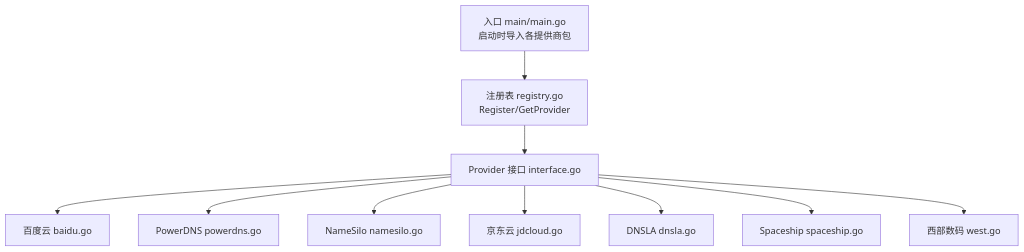
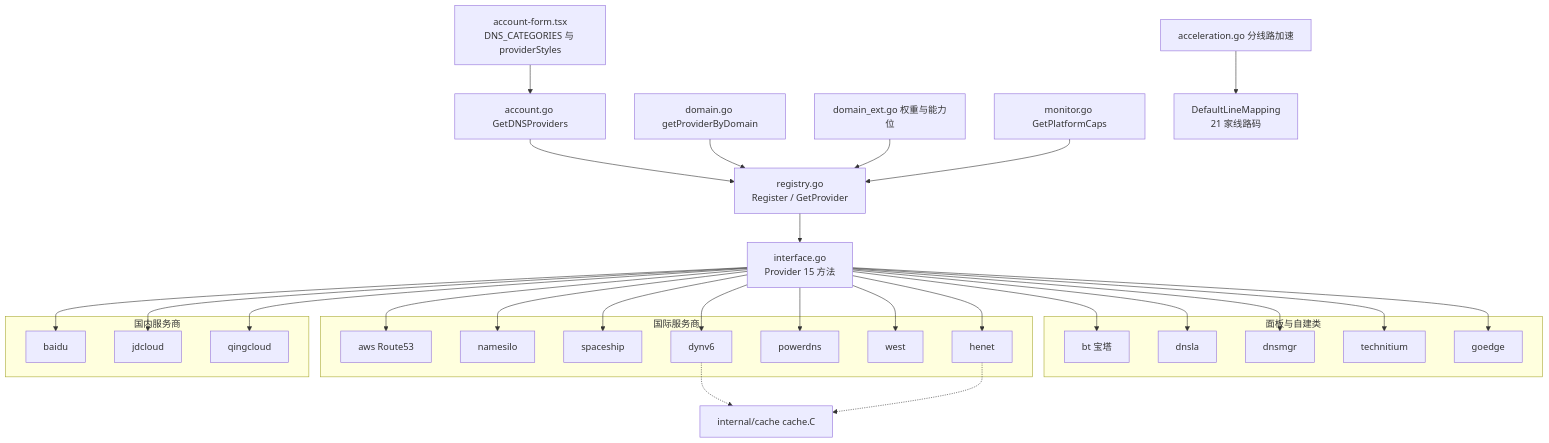
One commit to x01n/dnsplane changed the first of 5 diagrams in docs/DNS管理功能/支持的DNS服务商/其他DNS服务商.md. Above: the diagram before and after it, drawn with Mermaid. The commit also changed other lines of this file and 326 other files, not shown here.

````diff
--- a/docs/DNS管理功能/支持的DNS服务商/其他DNS服务商.md
+++ b/docs/DNS管理功能/支持的DNS服务商/其他DNS服务商.md
@@ -44,12 +180,63 @@
 ```mermaid
 graph TB
-A["入口 main/main.go<br/>启动时导入各提供商包"] --> B["注册表 registry.go<br/>Register/GetProvider"]
-B --> C["Provider 接口 interface.go"]
-C --> D["百度云 baidu.go"]
-C --> E["PowerDNS powerdns.go"]
-C --> F["NameSilo namesilo.go"]
-C --> G["京东云 jdcloud.go"]
-C --> H["DNSLA dnsla.go"]
-C --> I["Spaceship spaceship.go"]
-C --> J["西部数码 west.go"]
+    FORM["account-form.tsx<br/>DNS_CATEGORIES 与 providerStyles"]
+    ACC["account.go GetDNSProviders"]
+    DOM["domain.go getProviderByDomain"]
+    EXT["domain_ext.go 权重与能力位"]
+    ACE["acceleration.go 分线路加速"]
+    MON["monitor.go GetPlatformCaps"]
+    REG["registry.go<br/>Register / GetProvider"]
+    IF["interface.go<br/>Provider 15 方法"]
+    LM["DefaultLineMapping<br/>21 家线路码"]
+    CACHE["internal/cache cache.C"]
+
+    FORM --> ACC
+    ACC --> REG
+    DOM --> REG
+    EXT --> REG
+    MON --> REG
+    ACE --> LM
+    REG --> IF
+
+    subgraph PANEL["面板与自建类"]
+        BT["bt 宝塔"]
+        DNSLA["dnsla"]
+        DSMGR["dnsmgr"]
+        TECH["technitium"]
+        GOEDGE["goedge"]
+    end
+
+    subgraph INTL["国际服务商"]
+        AWS["aws Route53"]
+        NSILO["namesilo"]
+        SPACE["spaceship"]
+        DYNV6["dynv6"]
+        PWDNS["powerdns"]
+        WESTCN["west"]
+        HENET["henet"]
+    end
+
+    subgraph CN["国内服务商"]
+        BAIDU["baidu"]
+        JDC["jdcloud"]
+        QING["qingcloud"]
+    end
+
+    IF --> BT
+    IF --> DNSLA
+    IF --> DSMGR
+    IF --> TECH
+    IF --> GOEDGE
+    IF --> AWS
+    IF --> NSILO
+    IF --> SPACE
+    IF --> DYNV6
+    IF --> PWDNS
+    IF --> WESTCN
+    IF --> HENET
+    IF --> BAIDU
+    IF --> JDC
+    IF --> QING
+    DYNV6 -.-> CACHE
+    HENET -.-> CACHE
 ```
````
